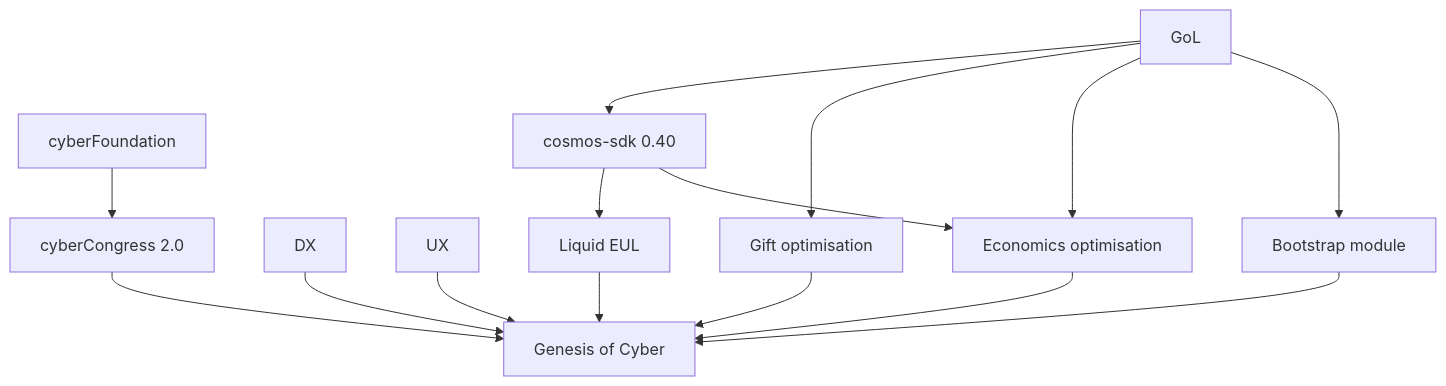
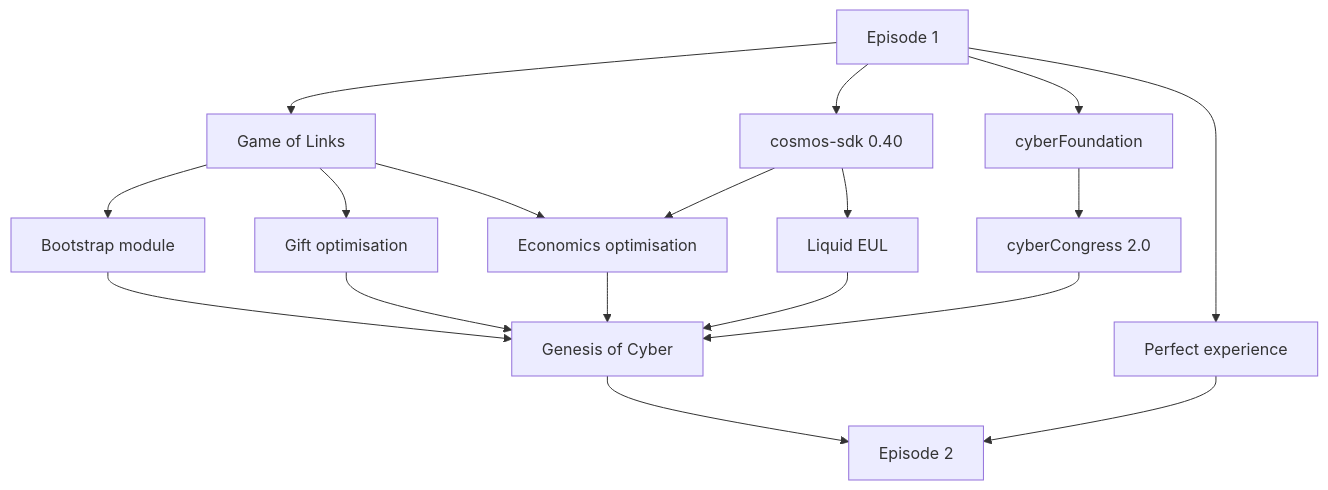
The diagram in roadmap/reboot.md (cybercongress/cybercongress), drawn with Mermaid before and after one commit. The commit also changed other lines of this file, not shown here.

````diff
--- a/roadmap/reboot.md
+++ b/roadmap/reboot.md
@@ -13,20 +16,21 @@
 ```mermaid
 graph TD
-    DX
-    UX
+    E1[Episode 1] --> GoL[Game of Links]
+    E1 --> UP[cosmos-sdk 0.40]
+    E1 --> THC
+    E1 --> X[Perfect experience]
     THC[cyberFoundation]
-    GoL --> UP[cosmos-sdk 0.40]
+    UP --> ECO
     UP --> EUL[Liquid EUL]
     THC --> 2[cyberCongress 2.0]
+    GoL --> BS[Bootstrap module]
     GoL --> GIFT[Gift optimisation]
     GoL --> ECO[Economics optimisation]
-    UP --> ECO
-    GoL --> BS[Bootstrap module]
     BS --> LA[Genesis of Cyber]
-    DX --> LA
-    UX --> LA
     2 --> LA
     EUL --> LA
     GIFT --> LA
     ECO --> LA
+    LA --> E2[Episode 2]
+    X --> E2
 ```
````
